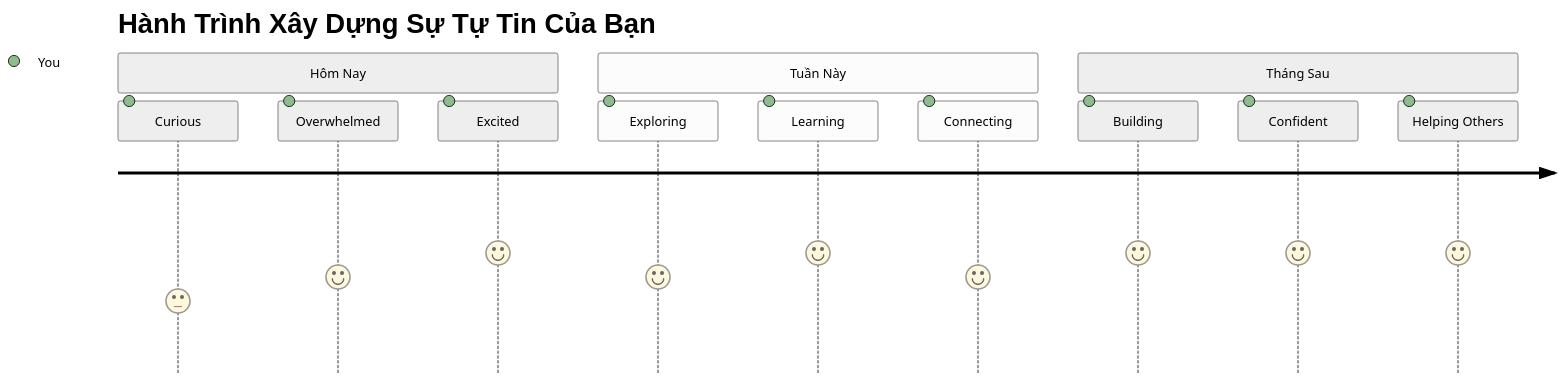
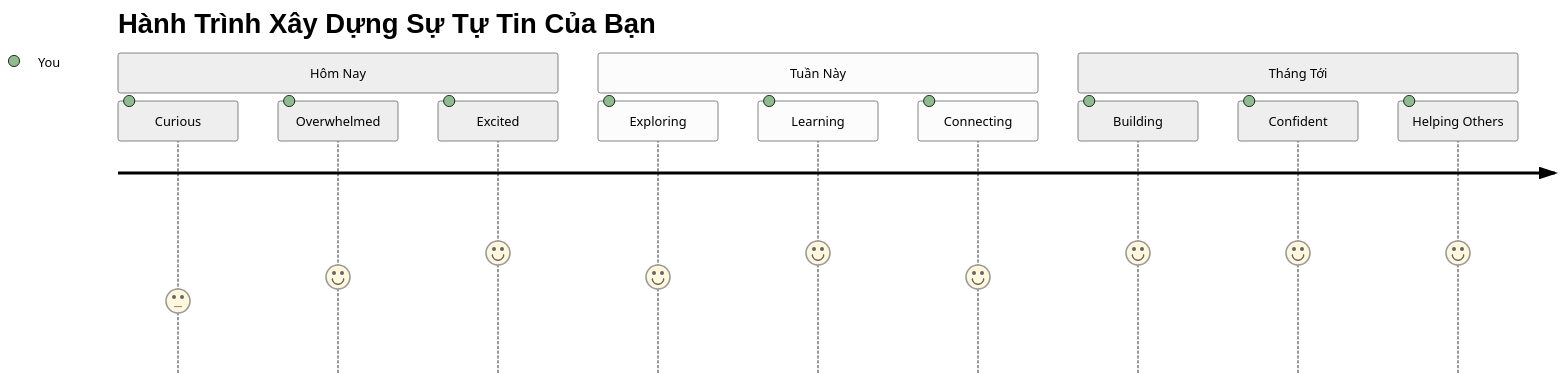
One commit to microsoft/Web-Dev-For-Beginners changed the seventh of 7 diagrams in translations/vi/1-getting-started-lessons/1-intro-to-programming-languages/README.md. Above: the diagram before and after it, drawn with Mermaid (neutral theme). The commit also changed other lines of this file and 8 other files, not shown here.

````diff
--- a/translations/vi/1-getting-started-lessons/1-intro-to-programming-languages/README.md
+++ b/translations/vi/1-getting-started-lessons/1-intro-to-programming-languages/README.md
@@ -831,16 +828,16 @@
 ```mermaid
 journey
     title Hành Trình Xây Dựng Sự Tự Tin Của Bạn
     section Hôm Nay
       Curious: 3: You
       Overwhelmed: 4: You
       Excited: 5: You
     section Tuần Này
       Exploring: 4: You
       Learning: 5: You
       Connecting: 4: You
-    section Tháng Sau
+    section Tháng Tới
       Building: 5: You
       Confident: 5: You
       Helping Others: 5: You
 ```
````
